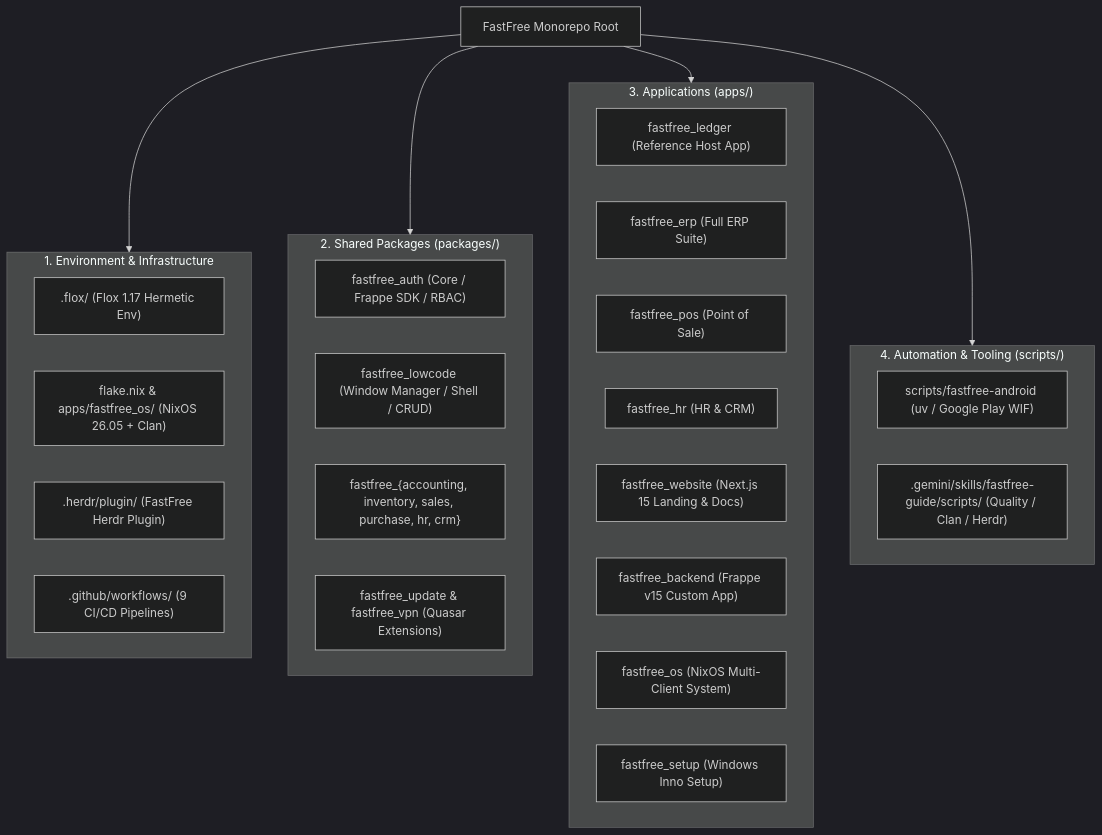
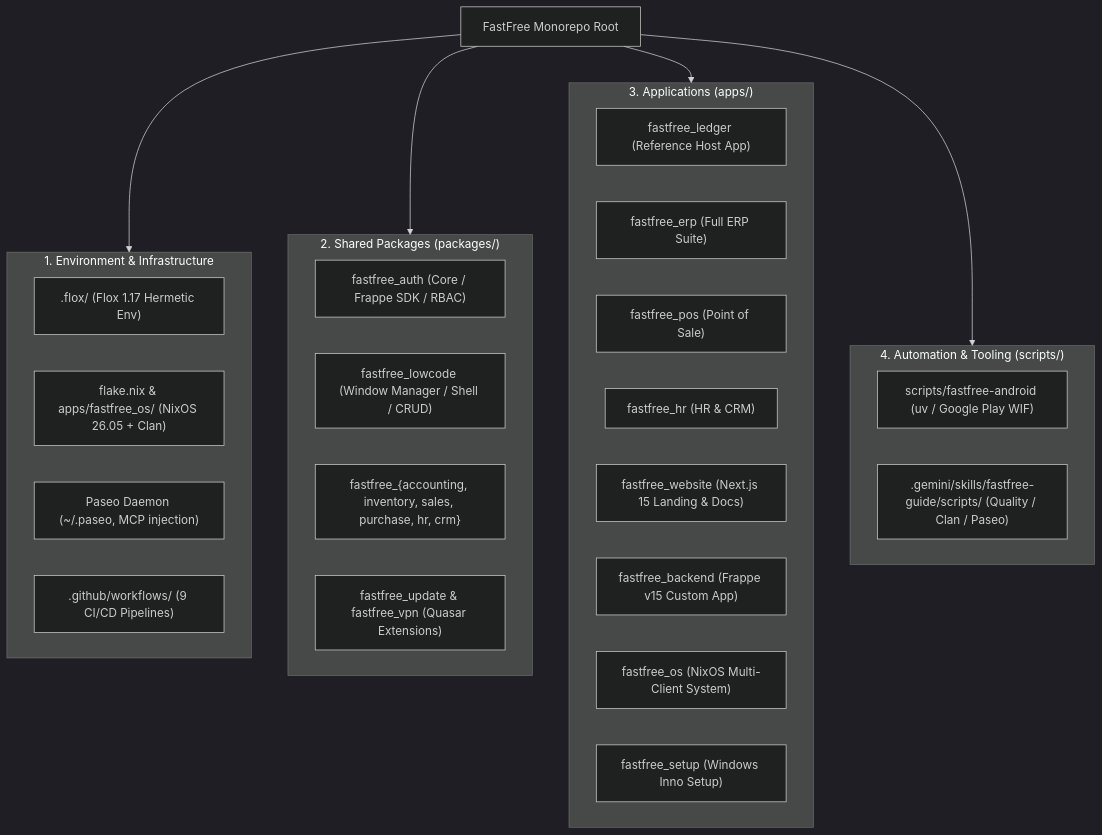
Before and after one commit to FastFreeCloud/fastfree: the diagram in .ai-rulez/skills/fastfree-guide/SKILL.md, drawn with Mermaid (dark theme). The commit also changed other lines of this file and 64 other files, not shown here.

Commit message:
governance(paseo): retire Herdr, rewrite orchestration rule, replace herdr-* skills with paseo-*, drop herdr MCP server

````diff
--- a/.ai-rulez/skills/fastfree-guide/SKILL.md
+++ b/.ai-rulez/skills/fastfree-guide/SKILL.md
@@ -21,36 +21,36 @@
 ```mermaid
 graph TD
     Root["FastFree Monorepo Root"]
 
     subgraph Envs["1. Environment & Infrastructure"]
         Flox[".flox/ (Flox 1.17 Hermetic Env)"]
         Nix["flake.nix & apps/fastfree_os/ (NixOS 26.05 + Clan)"]
-        HerdrPlugin[".herdr/plugin/ (FastFree Herdr Plugin)"]
+        PaseoApp["Paseo Daemon (~/.paseo, MCP injection)"]
         Workflows[".github/workflows/ (9 CI/CD Pipelines)"]
     end
 
     subgraph Pkgs["2. Shared Packages (packages/)"]
         Auth["fastfree_auth (Core / Frappe SDK / RBAC)"]
         Lowcode["fastfree_lowcode (Window Manager / Shell / CRUD)"]
         Domains["fastfree_{accounting, inventory, sales, purchase, hr, crm}"]
         Extensions["fastfree_update & fastfree_vpn (Quasar Extensions)"]
     end
 
     subgraph Apps["3. Applications (apps/)"]
         Ledger["fastfree_ledger (Reference Host App)"]
         ERP["fastfree_erp (Full ERP Suite)"]
         POS["fastfree_pos (Point of Sale)"]
         HR["fastfree_hr (HR & CRM)"]
         Web["fastfree_website (Next.js 15 Landing & Docs)"]
         Backend["fastfree_backend (Frappe v15 Custom App)"]
         OS["fastfree_os (NixOS Multi-Client System)"]
         Setup["fastfree_setup (Windows Inno Setup)"]
     end
 
     subgraph Scripts["4. Automation & Tooling (scripts/)"]
         AndroidScripts["scripts/fastfree-android (uv / Google Play WIF)"]
-        SkillScripts[".gemini/skills/fastfree-guide/scripts/ (Quality / Clan / Herdr)"]
+        SkillScripts[".gemini/skills/fastfree-guide/scripts/ (Quality / Clan / Paseo)"]
     end
 
     Root --> Envs & Pkgs & Apps & Scripts
 ```
````
